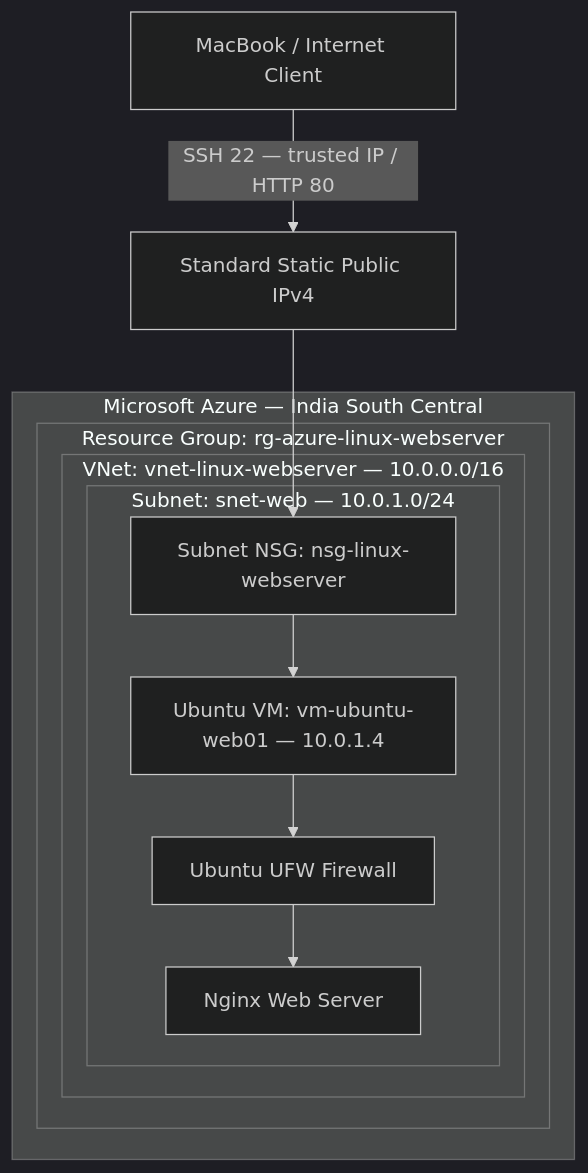
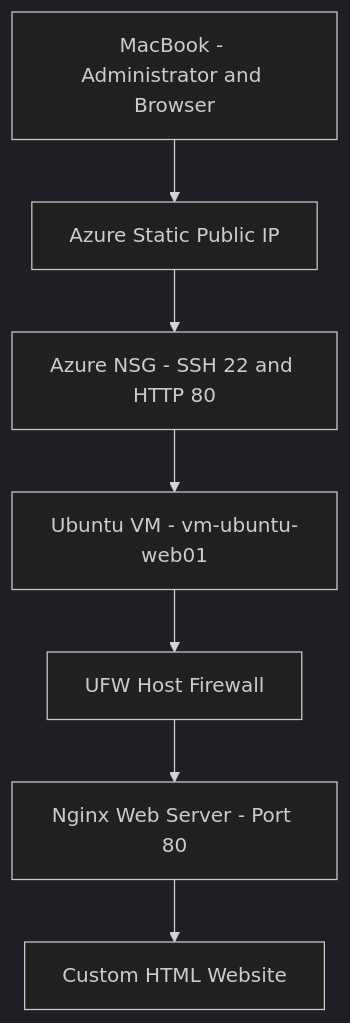
The diagram in architecture/azure-architecture.md (mohomednasif614/azure-linux-webserver), drawn with Mermaid (dark theme) before and after one commit. The commit also changed other lines of this file, not shown here.

Commit message:
fix: simplify Azure Mermaid architecture diagram

````diff
--- a/architecture/azure-architecture.md
+++ b/architecture/azure-architecture.md
@@ -4,22 +4,17 @@
 ```mermaid
-flowchart TB
-    USER["MacBook / Internet Client"]
-    PIP["Standard Static Public IPv4"]
-    subgraph AZ["Microsoft Azure — India South Central"]
-        subgraph RG["Resource Group: rg-azure-linux-webserver"]
-            subgraph VNET["VNet: vnet-linux-webserver — 10.0.0.0/16"]
-                subgraph SUB["Subnet: snet-web — 10.0.1.0/24"]
-                    NSG["Subnet NSG: nsg-linux-webserver"]
-                    VM["Ubuntu VM: vm-ubuntu-web01 — 10.0.1.4"]
-                    UFW["Ubuntu UFW Firewall"]
-                    NGINX["Nginx Web Server"]
-                    NSG --> VM
-                    VM --> UFW
-                    UFW --> NGINX
-                end
-            end
-        end
-    end
-    USER -->|"SSH 22 — trusted IP / HTTP 80"| PIP
-    PIP --> NSG
+flowchart TD
+    A["MacBook - Administrator and Browser"]
+    B["Azure Static Public IP"]
+    C["Azure NSG - SSH 22 and HTTP 80"]
+    D["Ubuntu VM - vm-ubuntu-web01"]
+    E["UFW Host Firewall"]
+    F["Nginx Web Server - Port 80"]
+    G["Custom HTML Website"]
+
+    A --> B
+    B --> C
+    C --> D
+    D --> E
+    E --> F
+    F --> G
 ```
````
